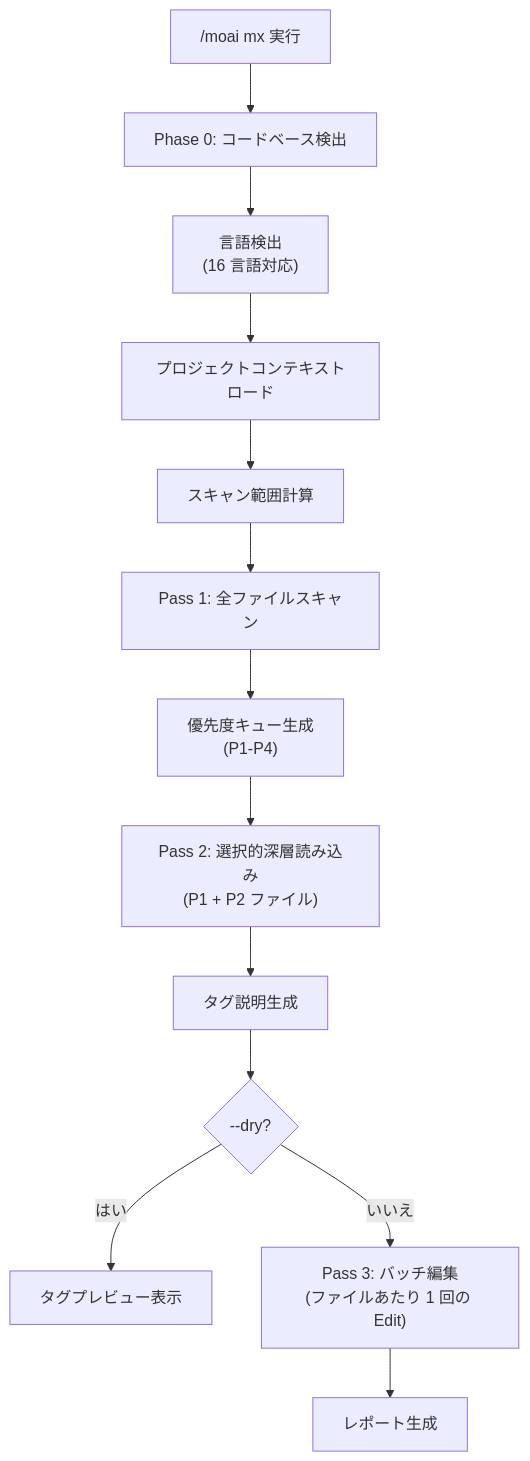
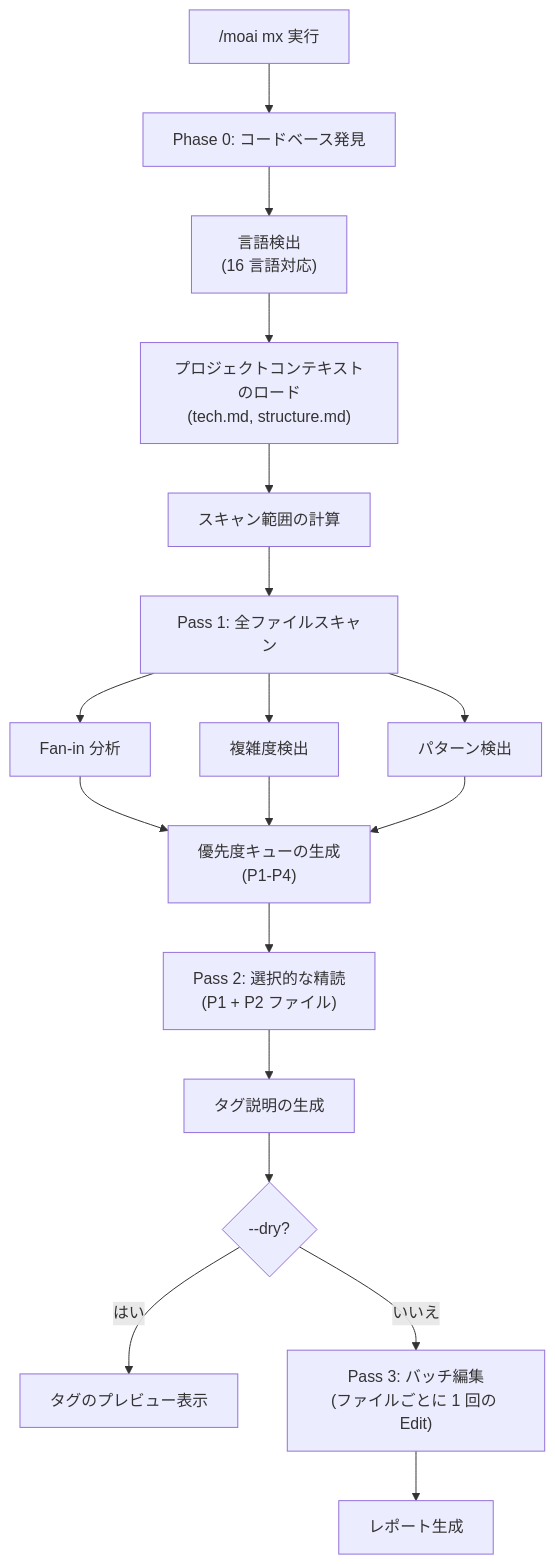
One commit to modu-ai/moai-adk changed the first of 2 diagrams in docs-site/content/ja/utility-commands/moai-mx.md. Above: the diagram before and after it, drawn with Mermaid. The commit also changed other lines of this file and 395 other files, not shown here.

````diff
--- a/docs-site/content/ja/utility-commands/moai-mx.md
+++ b/docs-site/content/ja/utility-commands/moai-mx.md
@@ -79,19 +83,24 @@
 ```mermaid
 flowchart TD
-    Start["/moai mx 実行"] --> Phase0["Phase 0: コードベース検出"]
+    Start["/moai mx 実行"] --> Phase0["Phase 0: コードベース発見"]
 
     Phase0 --> LangDetect["言語検出<br/>(16 言語対応)"]
-    LangDetect --> Context["プロジェクトコンテキストロード"]
-    Context --> Scope["スキャン範囲計算"]
+    LangDetect --> Context["プロジェクトコンテキストのロード<br/>(tech.md, structure.md)"]
+    Context --> Scope["スキャン範囲の計算"]
 
     Scope --> Pass1["Pass 1: 全ファイルスキャン"]
-    Pass1 --> Queue["優先度キュー生成<br/>(P1-P4)"]
+    Pass1 --> FanIn["Fan-in 分析"]
+    Pass1 --> Complexity["複雑度検出"]
+    Pass1 --> Pattern["パターン検出"]
+    FanIn --> Queue["優先度キューの生成<br/>(P1-P4)"]
+    Complexity --> Queue
+    Pattern --> Queue
 
-    Queue --> Pass2["Pass 2: 選択的深層読み込み<br/>(P1 + P2 ファイル)"]
-    Pass2 --> Generate["タグ説明生成"]
+    Queue --> Pass2["Pass 2: 選択的な精読<br/>(P1 + P2 ファイル)"]
+    Pass2 --> Generate["タグ説明の生成"]
 
     Generate --> Pass3{"--dry?"}
-    Pass3 -->|はい| Preview["タグプレビュー表示"]
-    Pass3 -->|いいえ| Insert["Pass 3: バッチ編集<br/>(ファイルあたり 1 回の Edit)"]
+    Pass3 -->|はい| Preview["タグのプレビュー表示"]
+    Pass3 -->|いいえ| Insert["Pass 3: バッチ編集<br/>(ファイルごとに 1 回の Edit)"]
     Insert --> Report["レポート生成"]
 ```
````
